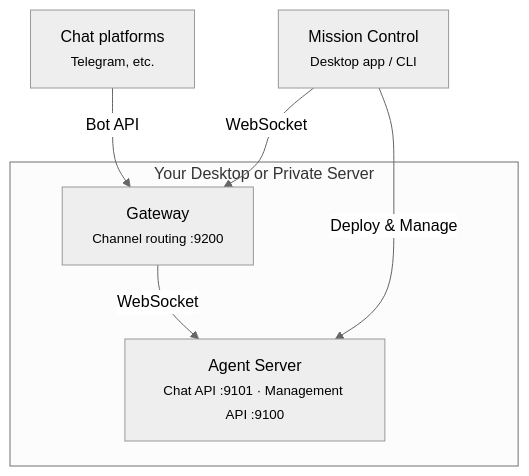
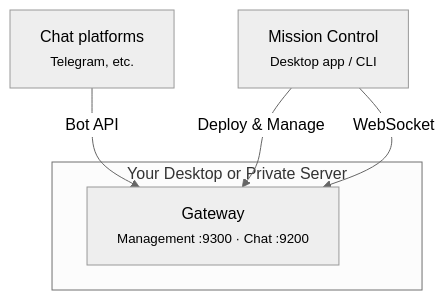
One commit to volumegambit/Dash changed the diagram in README.md. Above: the diagram before and after it, drawn with Mermaid (neutral theme). The commit also changed other lines of this file and 11 other files, not shown here.

First line of the commit message:
Remove apps/dash — gateway is the single agent runtime

````diff
--- a/README.md
+++ b/README.md
@@ -72,16 +62,14 @@
 ```mermaid
 graph TB
   platforms["Chat platforms<br/><small>Telegram, etc.</small>"]
 
   subgraph infra ["Your Desktop or Private Server"]
-    agent-server["Agent Server<br/><small>Chat API :9101 · Management API :9100</small>"]
-    gateway["Gateway<br/><small>Channel routing :9200</small>"]
-    gateway -- "WebSocket" --> agent-server
+    gateway["Gateway<br/><small>Management :9300 · Chat :9200</small>"]
   end
 
   mc["Mission Control<br/><small>Desktop app / CLI</small>"]
 
   platforms -- "Bot API" --> gateway
-  mc -- "Deploy & Manage" --> agent-server
+  mc -- "Deploy & Manage" --> gateway
   mc -- "WebSocket" --> gateway
 ```
````
